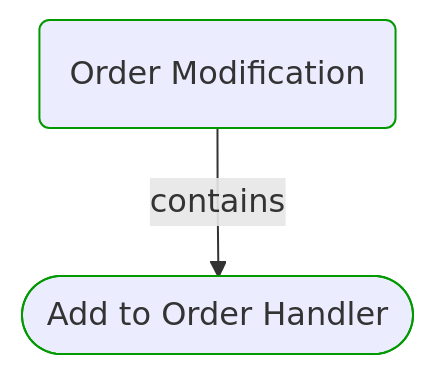
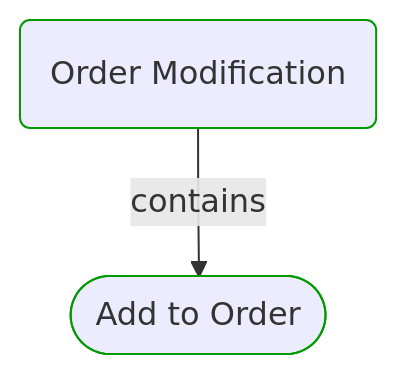
One commit to itlibrium/DDD-starter-dotnet changed the third of 5 diagrams in Docs/P3/MermaidOutput/Domain/Concepts/Sales/WholesaleOrdering/OrderModification/OrderModification.md. Above: the diagram before and after it, drawn with Mermaid. The commit also changed other lines of this file and 50 other files, not shown here.

````diff
--- a/Docs/P3/MermaidOutput/Domain/Concepts/Sales/WholesaleOrdering/OrderModification/OrderModification.md
+++ b/Docs/P3/MermaidOutput/Domain/Concepts/Sales/WholesaleOrdering/OrderModification/OrderModification.md
@@ -43,11 +53,11 @@
 ```mermaid
   flowchart TB
     0(Order Modification)
     class 0 DomainPerspective
-    1([Add to Order Handler])
+    1([Add to Order])
     class 1 DomainPerspective
     0-->|contains|1
     classDef DomainPerspective stroke:#009900
     classDef TechnologyPerspective stroke:#1F41EB
     classDef PeoplePerspective stroke:#FFF014
 ```
````
